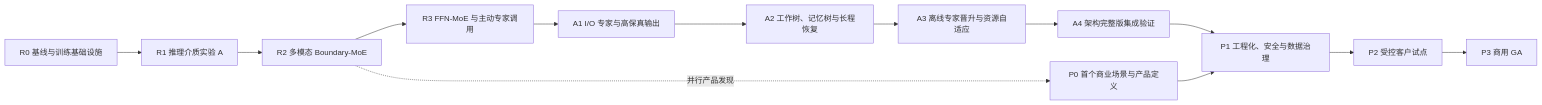
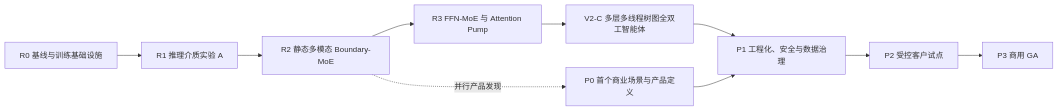
The diagram in docs/Project-Yggdrasil V2 从架构验证到商用路线图.md (GSY707/onmi-yggdrasil-test), drawn with Mermaid before and after one commit. The commit also changed other lines of this file and 46 other files, not shown here.

````diff
--- a/docs/Project-Yggdrasil V2 从架构验证到商用路线图.md
+++ b/docs/Project-Yggdrasil V2 从架构验证到商用路线图.md
@@ -26,15 +27,12 @@
 ```mermaid
 flowchart LR
     R0["R0 基线与训练基础设施"] --> R1["R1 推理介质实验 A"]
-    R1 --> R2["R2 多模态 Boundary-MoE"]
-    R2 --> R3["R3 FFN-MoE 与主动专家调用"]
-    R3 --> A1["A1 I/O 专家与高保真输出"]
-    A1 --> A2["A2 工作树、记忆树与长程恢复"]
-    A2 --> A3["A3 离线专家晋升与资源自适应"]
-    A3 --> A4["A4 架构完整版集成验证"]
+    R1 --> R2["R2 静态多模态 Boundary-MoE"]
+    R2 --> R3["R3 FFN-MoE 与 Attention Pump"]
+    R3 --> C["V2-C 多层多线程树图全双工智能体"]
     R2 -.->|并行产品发现| P0["P0 首个商业场景与产品定义"]
-    A4 --> P1["P1 工程化、安全与数据治理"]
+    C --> P1["P1 工程化、安全与数据治理"]
     P0 --> P1
     P1 --> P2["P2 受控客户试点"]
     P2 --> P3["P3 商用 GA"]
 ```
````
